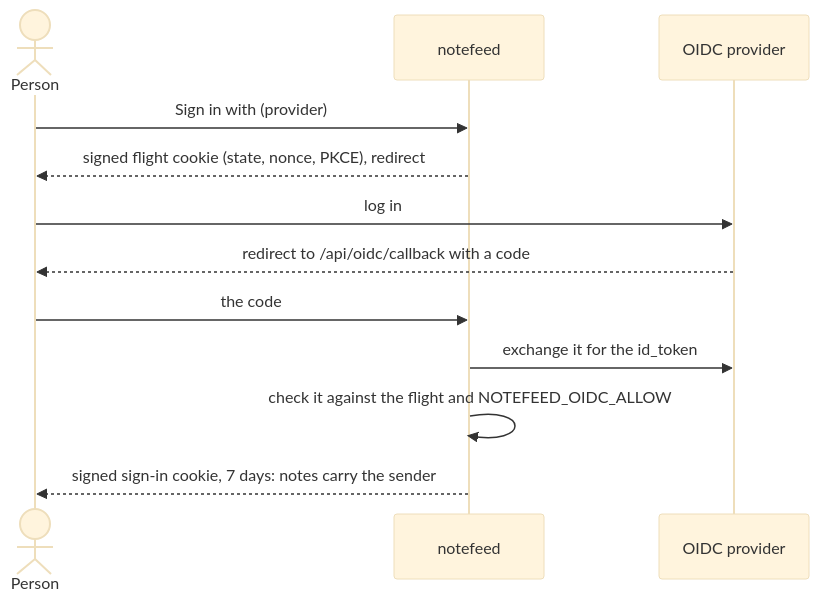
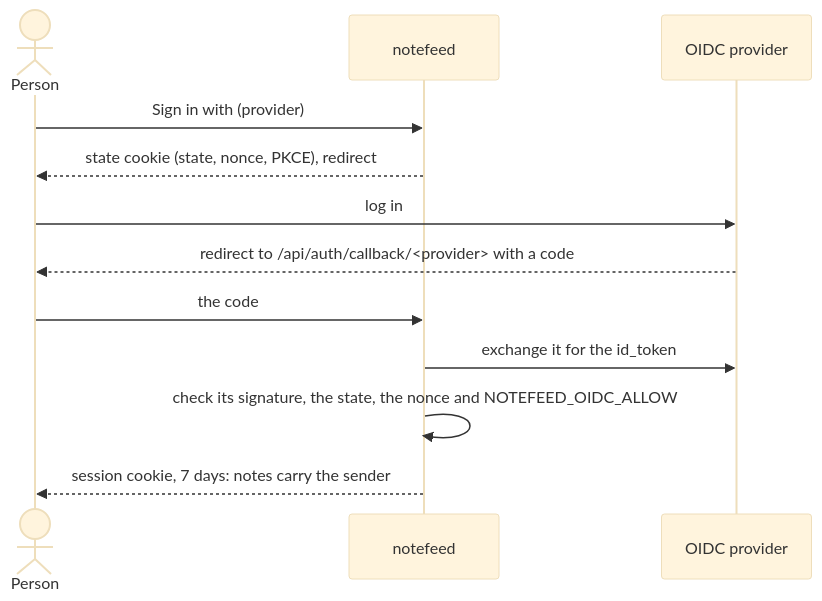
One commit to notefeed/notefeed changed the diagram in docs/self-hosting/sign-in/index.md. Above: the diagram before and after it, drawn with Mermaid (base theme). The commit also changed other lines of this file and 16 other files, not shown here.

First line of the commit message:
OIDC sign-in through Better Auth

````diff
--- a/docs/self-hosting/sign-in/index.md
+++ b/docs/self-hosting/sign-in/index.md
@@ -10,14 +10,14 @@
 ```mermaid
 sequenceDiagram
   actor P as Person
   participant N as notefeed
   participant O as OIDC provider
   P->>N: Sign in with (provider)
-  N-->>P: signed flight cookie (state, nonce, PKCE), redirect
+  N-->>P: state cookie (state, nonce, PKCE), redirect
   P->>O: log in
-  O-->>P: redirect to /api/oidc/callback with a code
+  O-->>P: redirect to /api/auth/callback/<provider> with a code
   P->>N: the code
   N->>O: exchange it for the id_token
-  N->>N: check it against the flight and NOTEFEED_OIDC_ALLOW
-  N-->>P: signed sign-in cookie, 7 days: notes carry the sender
+  N->>N: check its signature, the state, the nonce and NOTEFEED_OIDC_ALLOW
+  N-->>P: session cookie, 7 days: notes carry the sender
 ```
````
